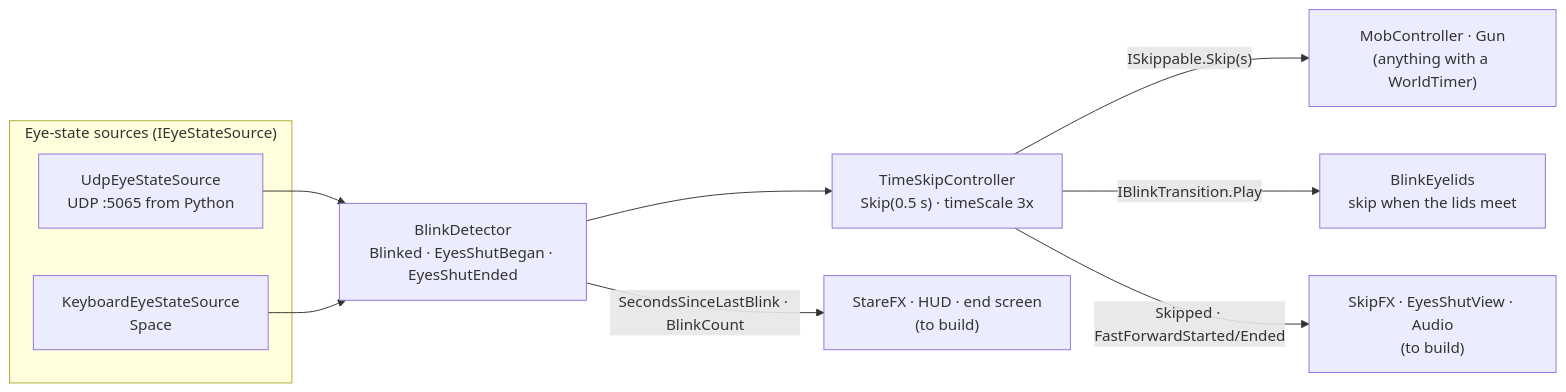
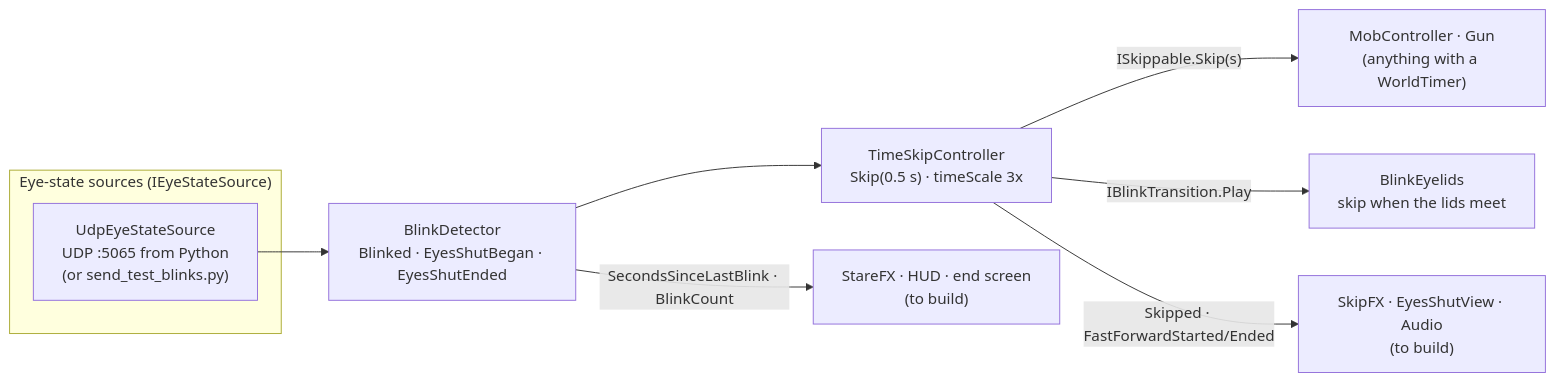
One commit to diyon-k/css-gamejam2026 changed the diagram in docs/ARCHITECTURE.md. Above: the diagram before and after it, drawn with Mermaid. The commit also changed other lines of this file and 5 other files, not shown here.

````diff
--- a/docs/ARCHITECTURE.md
+++ b/docs/ARCHITECTURE.md
@@ -37,14 +40,12 @@
 ```mermaid
 flowchart LR
     subgraph Sources["Eye-state sources (IEyeStateSource)"]
-        UDP["UdpEyeStateSource<br/>UDP :5065 from Python"]
-        KEY["KeyboardEyeStateSource<br/>Space"]
+        UDP["UdpEyeStateSource<br/>UDP :5065 from Python<br/>(or send_test_blinks.py)"]
     end
     UDP --> BD
-    KEY --> BD
     BD["BlinkDetector<br/>Blinked · EyesShutBegan · EyesShutEnded"] --> TS
     TS["TimeSkipController<br/>Skip(0.5 s) · timeScale 3x"] -- "ISkippable.Skip(s)" --> W["MobController · Gun<br/>(anything with a WorldTimer)"]
     TS -- "IBlinkTransition.Play" --> LID["BlinkEyelids<br/>skip when the lids meet"]
     TS -- "Skipped · FastForwardStarted/Ended" --> FX["SkipFX · EyesShutView · Audio<br/>(to build)"]
     BD -- "SecondsSinceLastBlink · BlinkCount" --> UI["StareFX · HUD · end screen<br/>(to build)"]
 ```
````
